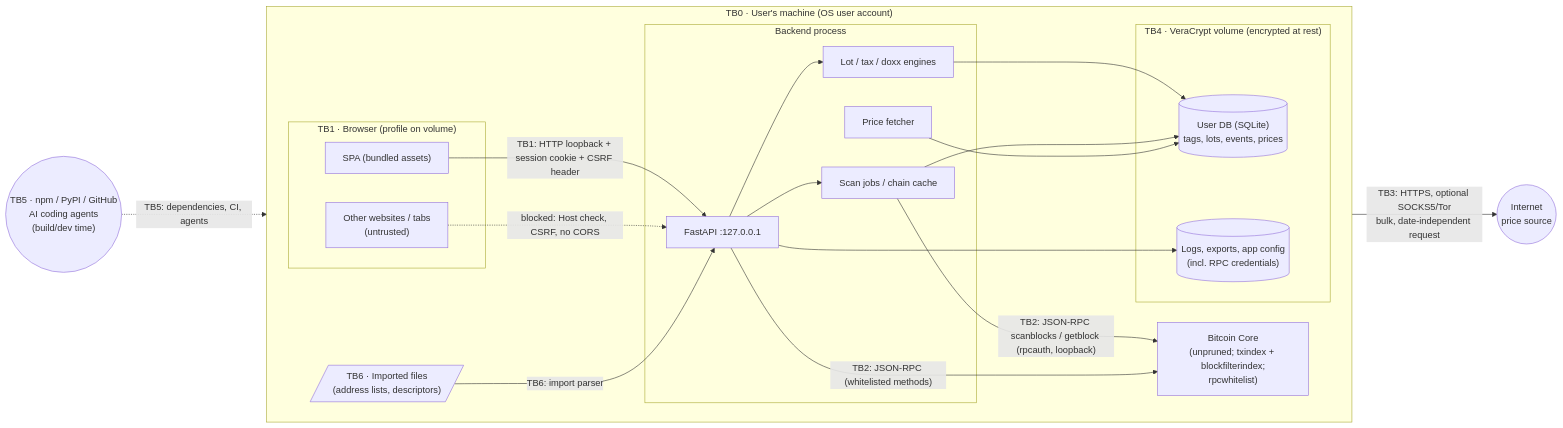
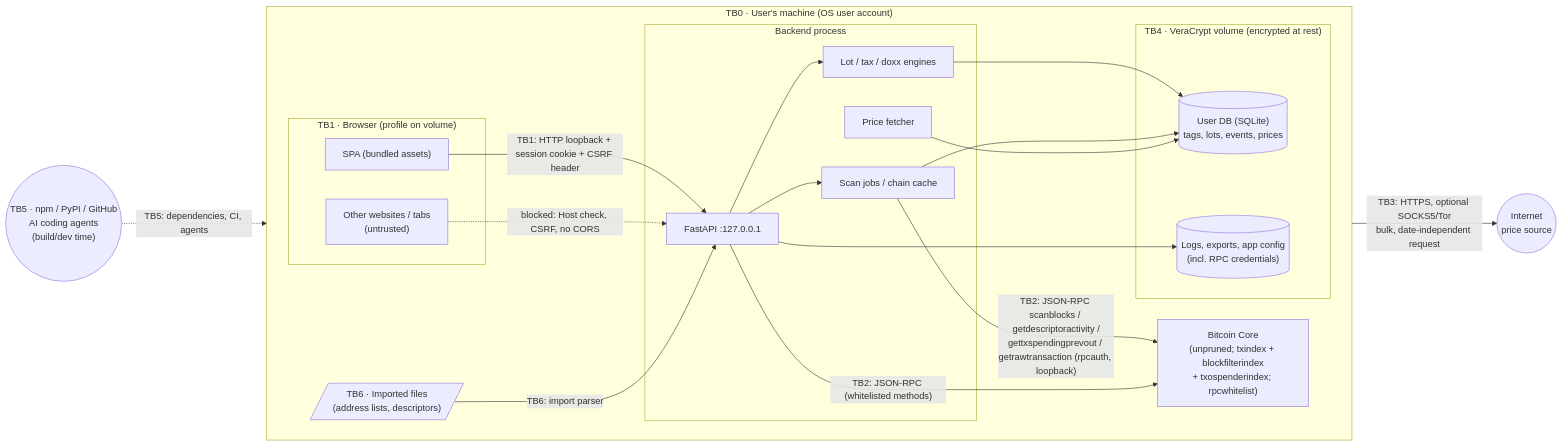
Before and after one commit to kristovatlas/coin-accounting: the diagram in docs/THREAT_MODEL.md, drawn with Mermaid. The commit also changed other lines of this file and 1 other file, not shown here.

````diff
--- a/docs/THREAT_MODEL.md
+++ b/docs/THREAT_MODEL.md
@@ -38,38 +38,38 @@
 ```mermaid
 flowchart LR
   subgraph TB0["TB0 · User's machine (OS user account)"]
     direction LR
     subgraph TB1["TB1 · Browser (profile on volume)"]
       UI["SPA (bundled assets)"]
       OtherTabs["Other websites / tabs<br/>(untrusted)"]
     end
     FILES[/"TB6 · Imported files<br/>(address lists, descriptors)"/]
     subgraph APP["Backend process"]
       API["FastAPI :127.0.0.1"]
       SCAN["Scan jobs / chain cache"]
       TAX["Lot / tax / doxx engines"]
       PRC["Price fetcher"]
     end
     subgraph TB4V["TB4 · VeraCrypt volume (encrypted at rest)"]
       UDB[("User DB (SQLite)<br/>tags, lots, events, prices")]
       LOGS[("Logs, exports, app config<br/>(incl. RPC credentials)")]
     end
-    NODE["Bitcoin Core<br/>(unpruned; txindex + blockfilterindex;<br/>rpcwhitelist)"]
+    NODE["Bitcoin Core<br/>(unpruned; txindex + blockfilterindex<br/>+ txospenderindex; rpcwhitelist)"]
   end
   NET(("Internet<br/>price source"))
   SUPPLY(("TB5 · npm / PyPI / GitHub<br/>AI coding agents<br/>(build/dev time)"))
 
   UI -- "TB1: HTTP loopback + session cookie + CSRF header" --> API
   OtherTabs -. "blocked: Host check, CSRF, no CORS" .-> API
   FILES -- "TB6: import parser" --> API
   API --> TAX
   TAX --> UDB
   API --> LOGS
-  SCAN -- "TB2: JSON-RPC scanblocks / getblock (rpcauth, loopback)" --> NODE
+  SCAN -- "TB2: JSON-RPC scanblocks / getdescriptoractivity /<br/>gettxspendingprevout / getrawtransaction (rpcauth, loopback)" --> NODE
   API -- "TB2: JSON-RPC (whitelisted methods)" --> NODE
   API --> SCAN
   SCAN --> UDB
   PRC -- "TB3: HTTPS, optional SOCKS5/Tor<br/>bulk, date-independent request" --> NET
   PRC --> UDB
   SUPPLY -. "TB5: dependencies, CI, agents" .-> APP
 ```
````
